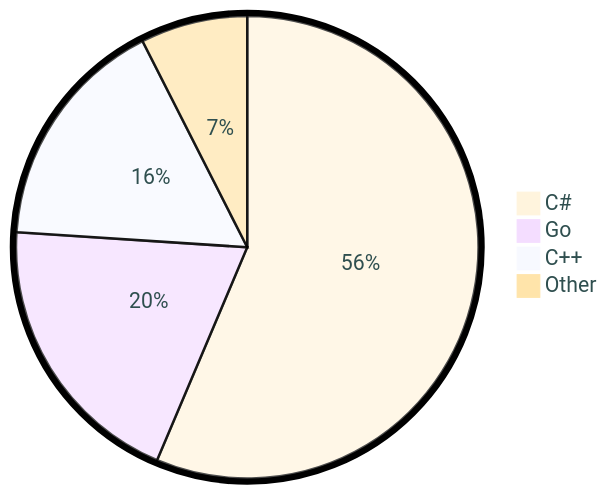
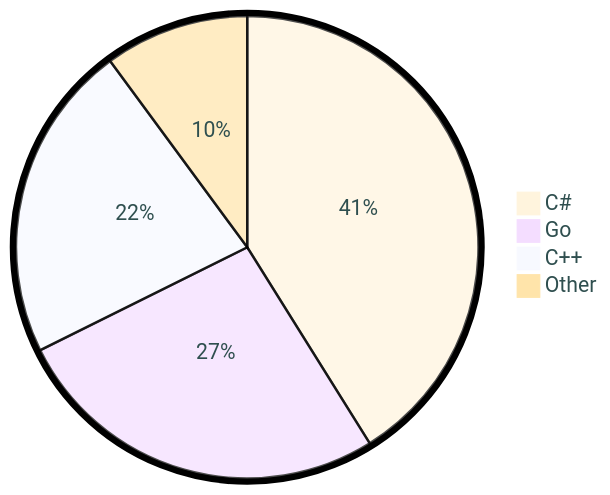
The diagram in README.md (tot0p/tot0p), drawn with Mermaid before and after one commit. The commit also changed other lines of this file, not shown here.

````diff
--- a/README.md
+++ b/README.md
@@ -76,8 +76,8 @@
 ```mermaid
 %%{init: {"pie": {"textPosition": 0.5}, "themeVariables": {"pieOuterStrokeWidth": "5px","primaryTextColor" : "#2F4F4F"},"theme":"base"} }%%
 pie
-	"C#": 56.37
-	"Go": 19.66
-	"C++": 16.48
-	"Other": 7.4799999999999995
+	"C#": 41.11
+	"Go": 26.54
+	"C++": 22.24
+	"Other": 10.1
 ```
````
